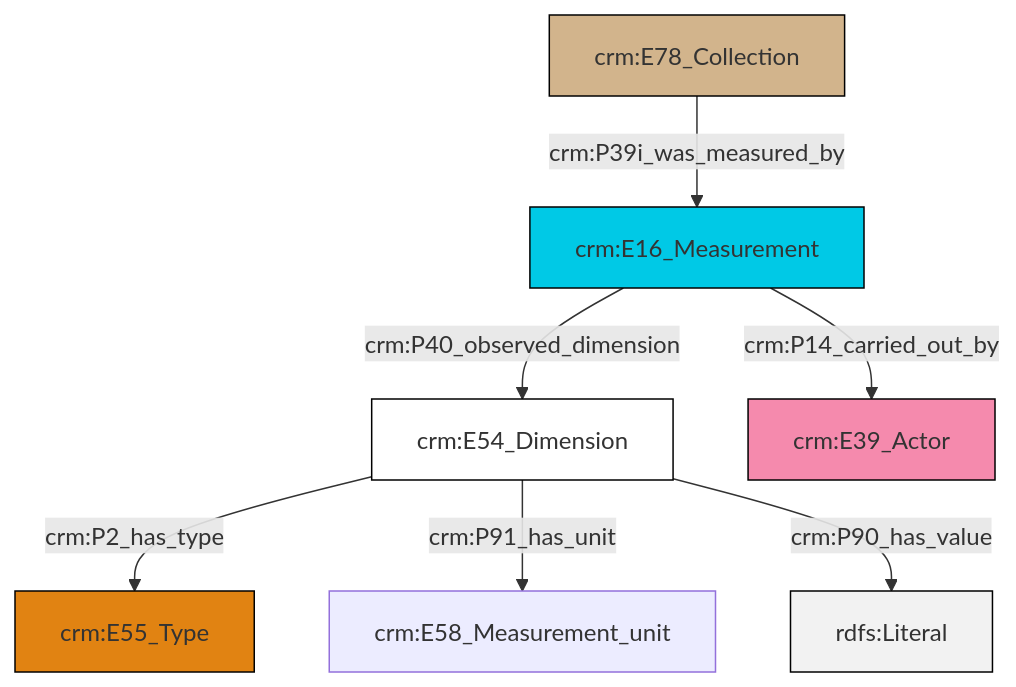
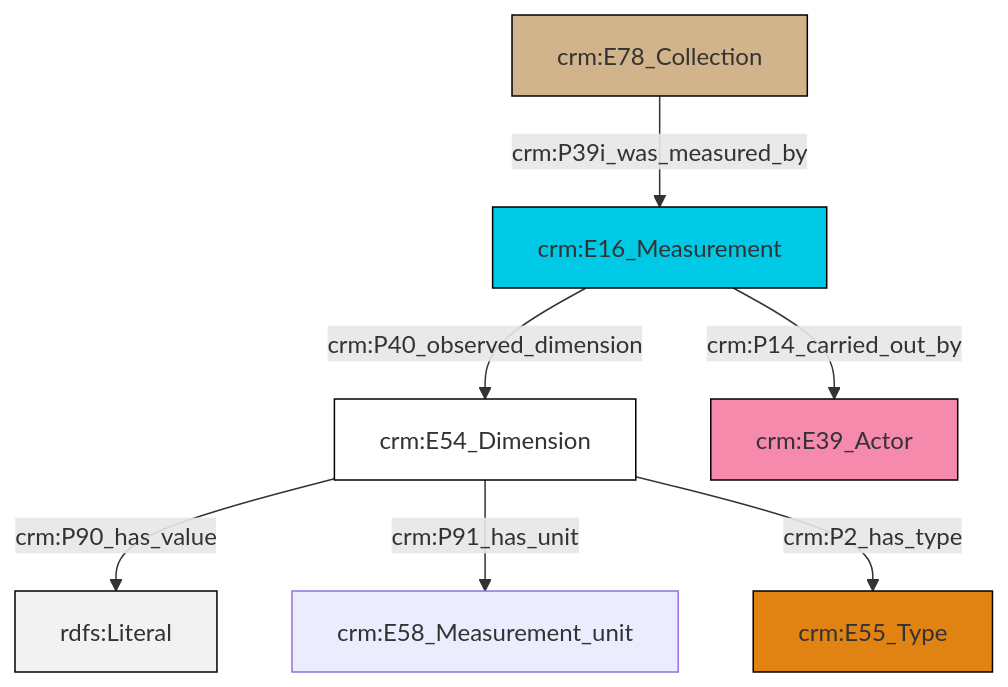
The diagram in et/archivalCSV/ttl/mmd/archival_substance.ttl.mmd (swiss-art-research-net/docs.swissartresearch), drawn with Mermaid before and after one commit. The commit also changed 178 other files, not shown here.

```diff
--- a/et/archivalCSV/ttl/mmd/archival_substance.ttl.mmd
+++ b/et/archivalCSV/ttl/mmd/archival_substance.ttl.mmd
@@ -1,21 +1,21 @@
 graph TD
 classDef Literal fill:#f2f2f2,stroke:#000000;
 classDef CRM_Entity fill:#FFFFFF,stroke:#000000;
 classDef Temporal_Entity fill:#00C9E6, stroke:#000000;
 classDef Type fill:#E18312, stroke:#000000;
 classDef Time-Span fill:#2C9C91, stroke:#000000;
 classDef Appellation fill:#FFEB7F, stroke:#000000;
 classDef Place fill:#008836, stroke:#000000;
 classDef Persistent_Item fill:#B266B2, stroke:#000000;
 classDef Conceptual_Object fill:#FFD700, stroke:#000000;
 classDef Physical_Thing fill:#D2B48C, stroke:#000000;
 classDef Actor fill:#f58aad, stroke:#000000;
 classDef PC_Classes fill:#4ce600, stroke:#000000;
 classDef Multi fill:#cccccc,stroke:#000000;
 
-2["crm:E54_Dimension"]:::CRM_Entity -->|crm:P2_has_type| 3["crm:E55_Type"]:::Type
-7["crm:E16_Measurement"]:::Temporal_Entity -->|crm:P40_observed_dimension| 2["crm:E54_Dimension"]:::CRM_Entity
-2["crm:E54_Dimension"]:::CRM_Entity -->|crm:P91_has_unit| 8["crm:E58_Measurement_unit"]:::Default
-2["crm:E54_Dimension"]:::CRM_Entity -->|crm:P90_has_value| 11[rdfs:Literal]:::Literal
-7["crm:E16_Measurement"]:::Temporal_Entity -->|crm:P14_carried_out_by| 5["crm:E39_Actor"]:::Actor
-0["crm:E78_Collection"]:::Physical_Thing -->|crm:P39i_was_measured_by| 7["crm:E16_Measurement"]:::Temporal_Entity
+0["crm:E54_Dimension"]:::CRM_Entity -->|crm:P90_has_value| 1[rdfs:Literal]:::Literal
+0["crm:E54_Dimension"]:::CRM_Entity -->|crm:P91_has_unit| 2["crm:E58_Measurement_unit"]:::Default
+7["crm:E16_Measurement"]:::Temporal_Entity -->|crm:P14_carried_out_by| 8["crm:E39_Actor"]:::Actor
+5["crm:E78_Collection"]:::Physical_Thing -->|crm:P39i_was_measured_by| 7["crm:E16_Measurement"]:::Temporal_Entity
+7["crm:E16_Measurement"]:::Temporal_Entity -->|crm:P40_observed_dimension| 0["crm:E54_Dimension"]:::CRM_Entity
+0["crm:E54_Dimension"]:::CRM_Entity -->|crm:P2_has_type| 9["crm:E55_Type"]:::Type
```
